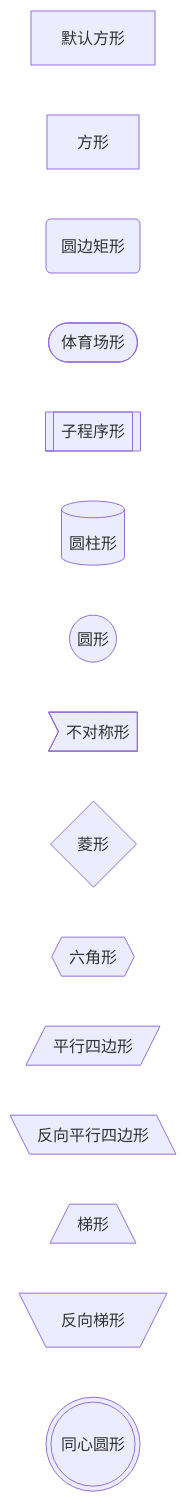
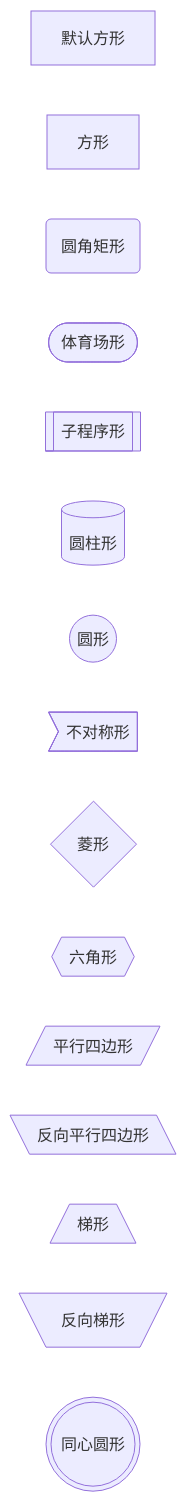
Before and after one commit to minrrww/vs_code_cpp: the first of 35 diagrams in 了不起的Markdown/9.mermaid深入学习.md, drawn with Mermaid. The commit also changed other lines of this file and 7 other files, not shown here.

````diff
--- a/了不起的Markdown/9.mermaid深入学习.md
+++ b/了不起的Markdown/9.mermaid深入学习.md
@@ -17,18 +35,18 @@
 ```mermaid
 flowchart LR
 默认方形
 id1[方形]
-id2(圆边矩形)
+id2(圆角矩形)
 id3([体育场形])
 id4[[子程序形]]
 id5[(圆柱形)]
 id6((圆形))
 id7>不对称形]
 id8{菱形}
 id9{{六角形}}
 id10[/平行四边形/]
 id11[\反向平行四边形\]
 id12[/梯形\]
 id13[\反向梯形/]
 id14(((同心圆形)))
 ```
````
